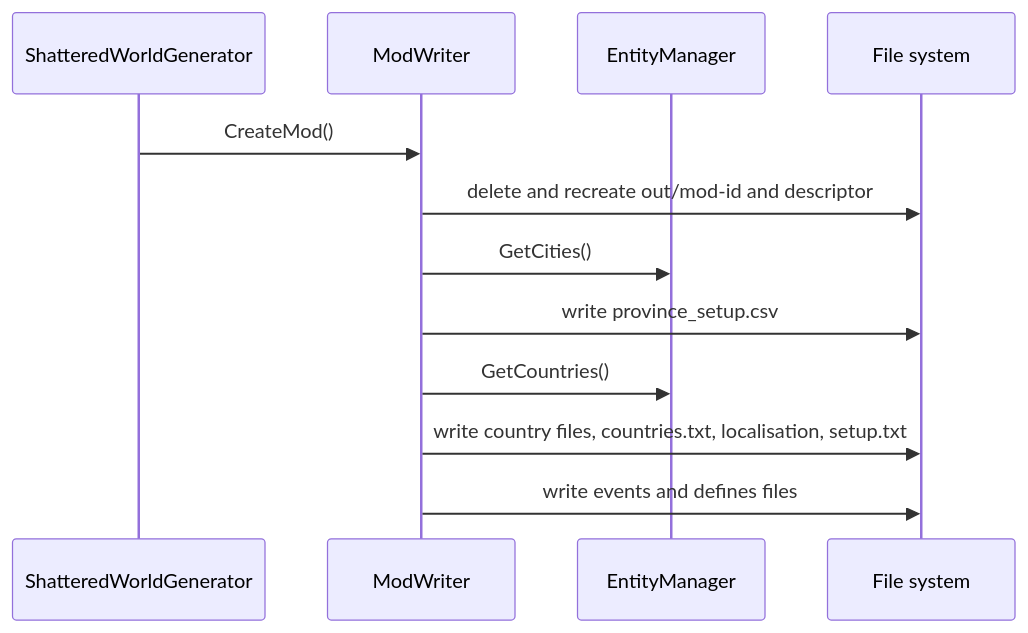
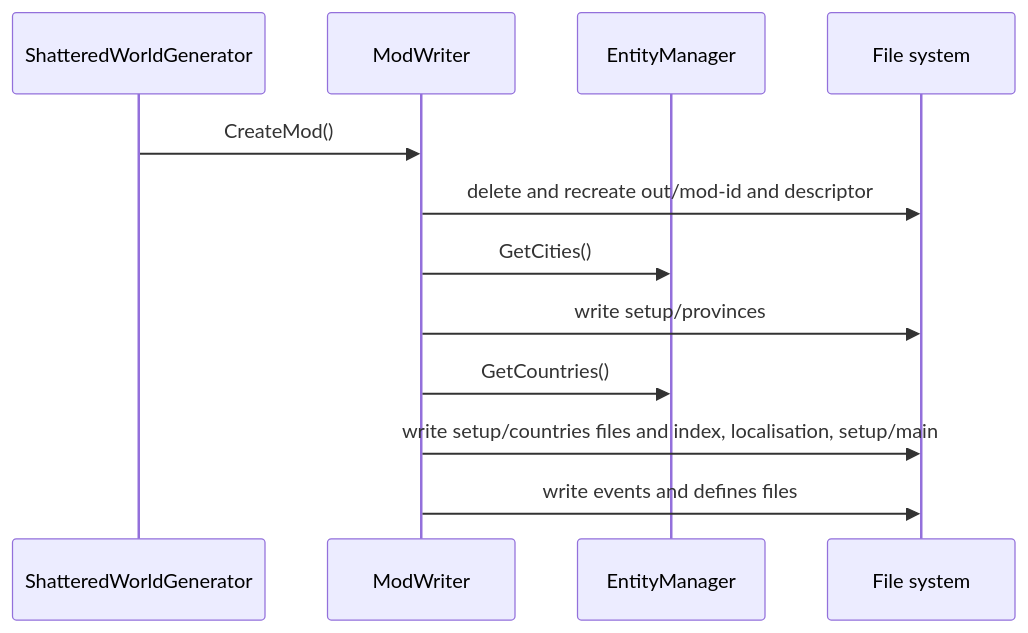
The seventh of 8 diagrams in ARCHITECTURE.md (hmlendea/imperator-shattered-world-generator), drawn with Mermaid before and after one commit. The commit also changed other lines of this file and 30 other files, not shown here.

````diff
--- a/ARCHITECTURE.md
+++ b/ARCHITECTURE.md
@@ -302,15 +305,15 @@
 ```mermaid
 sequenceDiagram
     participant Orchestrator as ShatteredWorldGenerator
     participant Writer as ModWriter
     participant Manager as EntityManager
     participant Disk as File system
 
     Orchestrator->>Writer: CreateMod()
     Writer->>Disk: delete and recreate out/mod-id and descriptor
     Writer->>Manager: GetCities()
-    Writer->>Disk: write province_setup.csv
+    Writer->>Disk: write setup/provinces
     Writer->>Manager: GetCountries()
-    Writer->>Disk: write country files, countries.txt, localisation, setup.txt
+    Writer->>Disk: write setup/countries files and index, localisation, setup/main
     Writer->>Disk: write events and defines files
 ```
````
